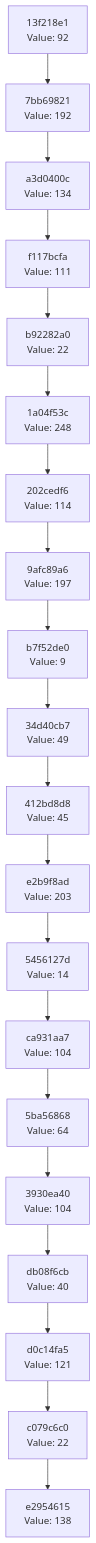
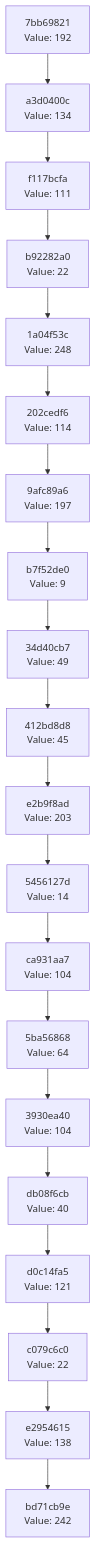
The diagram in docs/CHAIN_VISUALIZATION.md (Abhisheksinha1506/hash-chain-evolver), drawn with Mermaid before and after one commit. The commit also changed 2 other files, not shown here.

Commit message:
Evolution step: hash 0xF2 → action executed

````diff
--- a/docs/CHAIN_VISUALIZATION.md
+++ b/docs/CHAIN_VISUALIZATION.md
@@ -3,42 +3,42 @@
 ```mermaid
 graph TD
-    C0["e2954615<br/>Value: 138"]
-    C1["c079c6c0<br/>Value: 22"]
+    C0["bd71cb9e<br/>Value: 242"]
+    C1["e2954615<br/>Value: 138"]
     C1 --> C0
-    C2["d0c14fa5<br/>Value: 121"]
+    C2["c079c6c0<br/>Value: 22"]
     C2 --> C1
-    C3["db08f6cb<br/>Value: 40"]
+    C3["d0c14fa5<br/>Value: 121"]
     C3 --> C2
-    C4["3930ea40<br/>Value: 104"]
+    C4["db08f6cb<br/>Value: 40"]
     C4 --> C3
-    C5["5ba56868<br/>Value: 64"]
+    C5["3930ea40<br/>Value: 104"]
     C5 --> C4
-    C6["ca931aa7<br/>Value: 104"]
+    C6["5ba56868<br/>Value: 64"]
     C6 --> C5
-    C7["5456127d<br/>Value: 14"]
+    C7["ca931aa7<br/>Value: 104"]
     C7 --> C6
-    C8["e2b9f8ad<br/>Value: 203"]
+    C8["5456127d<br/>Value: 14"]
     C8 --> C7
-    C9["412bd8d8<br/>Value: 45"]
+    C9["e2b9f8ad<br/>Value: 203"]
     C9 --> C8
-    C10["34d40cb7<br/>Value: 49"]
+    C10["412bd8d8<br/>Value: 45"]
     C10 --> C9
-    C11["b7f52de0<br/>Value: 9"]
+    C11["34d40cb7<br/>Value: 49"]
     C11 --> C10
-    C12["9afc89a6<br/>Value: 197"]
+    C12["b7f52de0<br/>Value: 9"]
     C12 --> C11
-    C13["202cedf6<br/>Value: 114"]
+    C13["9afc89a6<br/>Value: 197"]
     C13 --> C12
-    C14["1a04f53c<br/>Value: 248"]
+    C14["202cedf6<br/>Value: 114"]
     C14 --> C13
-    C15["b92282a0<br/>Value: 22"]
+    C15["1a04f53c<br/>Value: 248"]
     C15 --> C14
-    C16["f117bcfa<br/>Value: 111"]
+    C16["b92282a0<br/>Value: 22"]
     C16 --> C15
-    C17["a3d0400c<br/>Value: 134"]
+    C17["f117bcfa<br/>Value: 111"]
     C17 --> C16
-    C18["7bb69821<br/>Value: 192"]
+    C18["a3d0400c<br/>Value: 134"]
     C18 --> C17
-    C19["13f218e1<br/>Value: 92"]
+    C19["7bb69821<br/>Value: 192"]
     C19 --> C18
 ```
````
